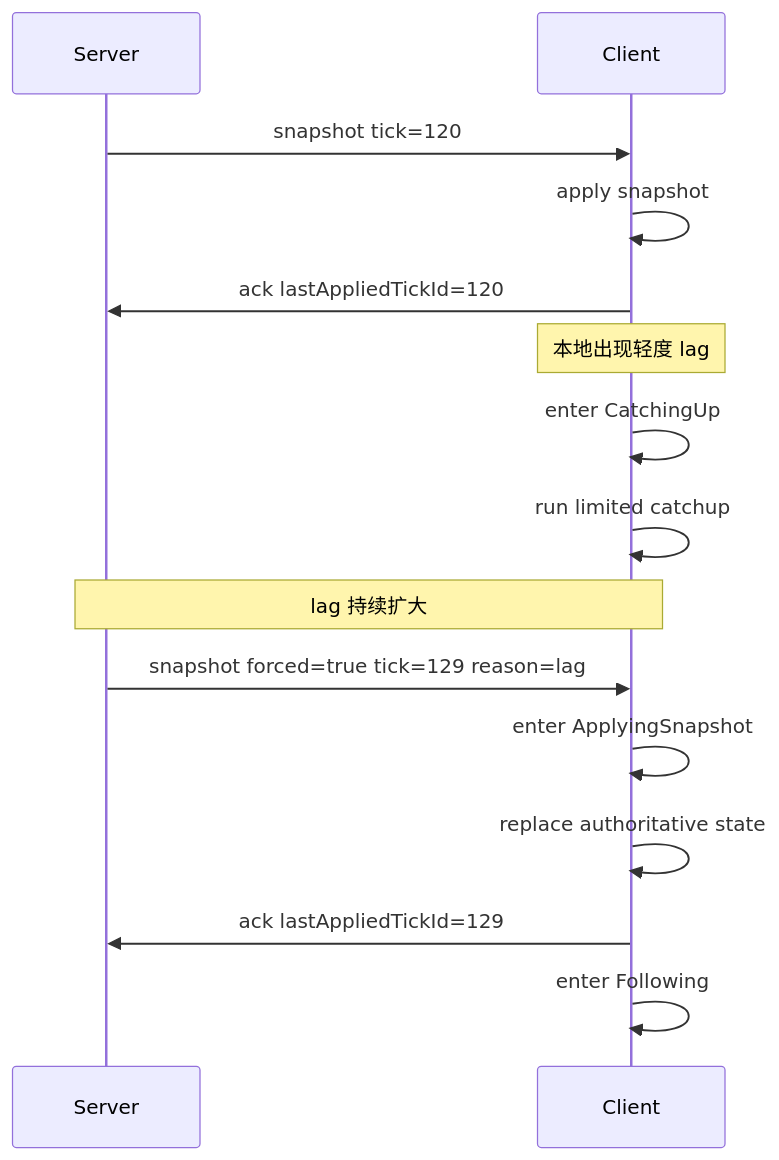
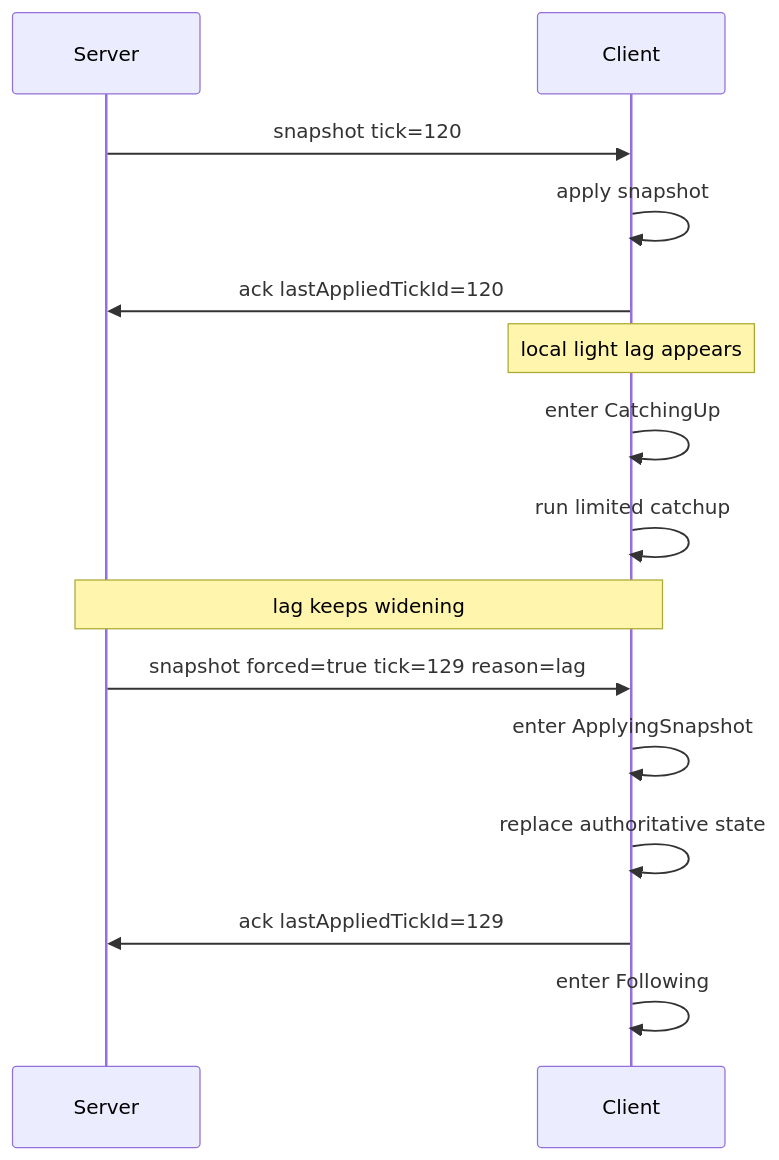
Before and after one commit to cuihairu/chorus: the diagram in docs/design/client-resync-state-machine.md, drawn with Mermaid. The commit also changed other lines of this file and 77 other files, not shown here.

````diff
--- a/docs/design/client-resync-state-machine.md
+++ b/docs/design/client-resync-state-machine.md
@@ -221,20 +225,20 @@
 ```mermaid
 sequenceDiagram
   participant S as Server
   participant C as Client
 
   S->>C: snapshot tick=120
   C->>C: apply snapshot
   C->>S: ack lastAppliedTickId=120
 
-  Note over C: 本地出现轻度 lag
+  Note over C: local light lag appears
   C->>C: enter CatchingUp
   C->>C: run limited catchup
 
-  Note over S,C: lag 持续扩大
+  Note over S,C: lag keeps widening
   S->>C: snapshot forced=true tick=129 reason=lag
   C->>C: enter ApplyingSnapshot
   C->>C: replace authoritative state
   C->>S: ack lastAppliedTickId=129
   C->>C: enter Following
 ```
````
